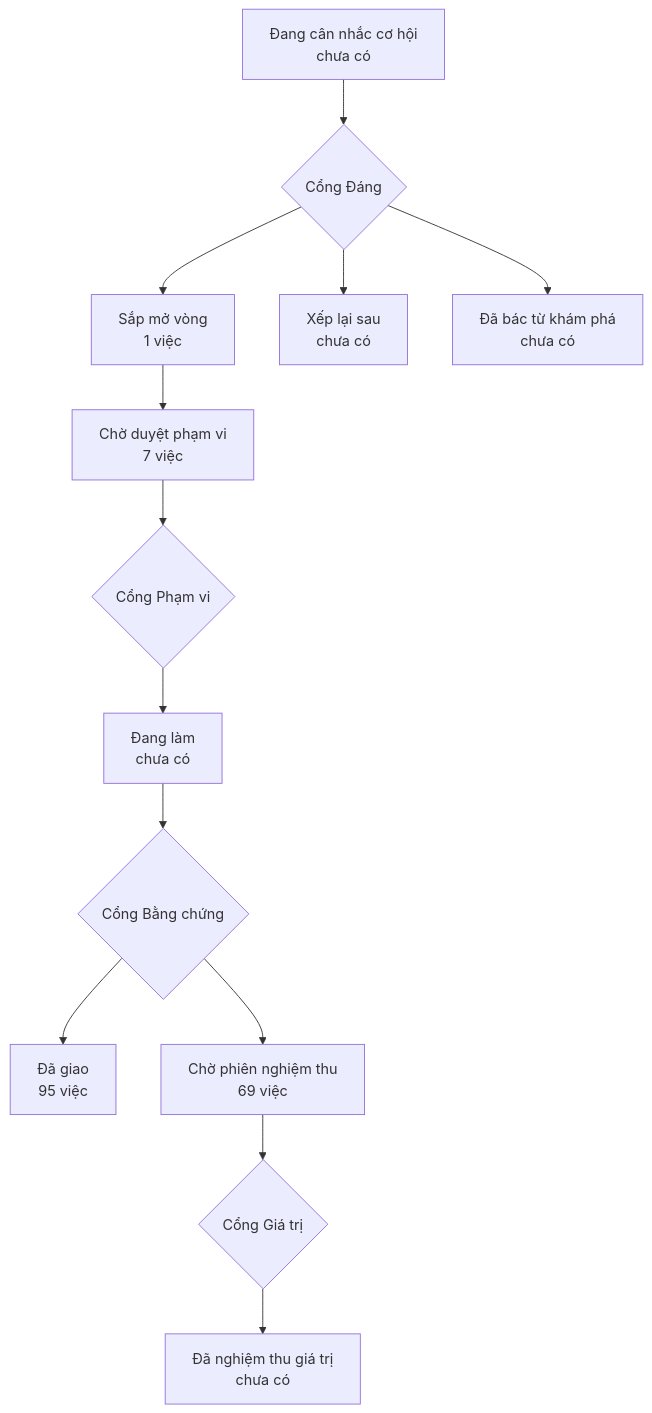
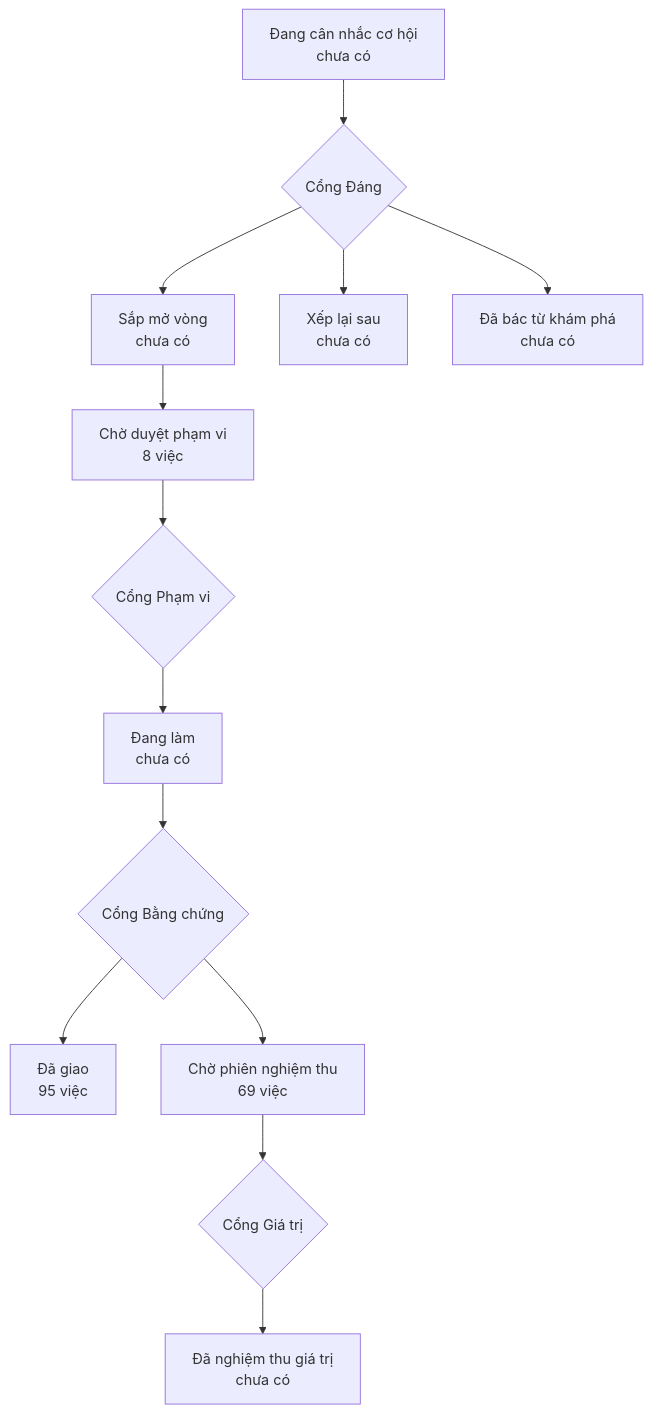
One commit to phanlemanh/onehub-invest changed the diagram in PRODUCT-MAP.md. Above: the diagram before and after it, drawn with Mermaid. The commit also changed other lines of this file and 6 other files, not shown here.

Commit message:
card(quyet-dinh-phai-cham-ung-vien): thẻ Cổng Phạm vi, hình Hỏi-1, đường nền xanh

````diff
--- a/PRODUCT-MAP.md
+++ b/PRODUCT-MAP.md
@@ -7,12 +7,12 @@
 ```mermaid
 flowchart TD
   A["Đang cân nhắc cơ hội<br/>chưa có"] --> GD{"Cổng Đáng"}
-  GD --> B["Sắp mở vòng<br/>1 việc"]
+  GD --> B["Sắp mở vòng<br/>chưa có"]
   GD --> XL["Xếp lại sau<br/>chưa có"]
   GD --> DB["Đã bác từ khám phá<br/>chưa có"]
-  B --> CD["Chờ duyệt phạm vi<br/>7 việc"] --> GP{"Cổng Phạm vi"}
+  B --> CD["Chờ duyệt phạm vi<br/>8 việc"] --> GP{"Cổng Phạm vi"}
   GP --> DL["Đang làm<br/>chưa có"] --> GB{"Cổng Bằng chứng"}
   GB --> DG["Đã giao<br/>95 việc"]
   GB --> CN["Chờ phiên nghiệm thu<br/>69 việc"] --> GG{"Cổng Giá trị"}
   GG --> NT["Đã nghiệm thu giá trị<br/>chưa có"]
 ```
````
